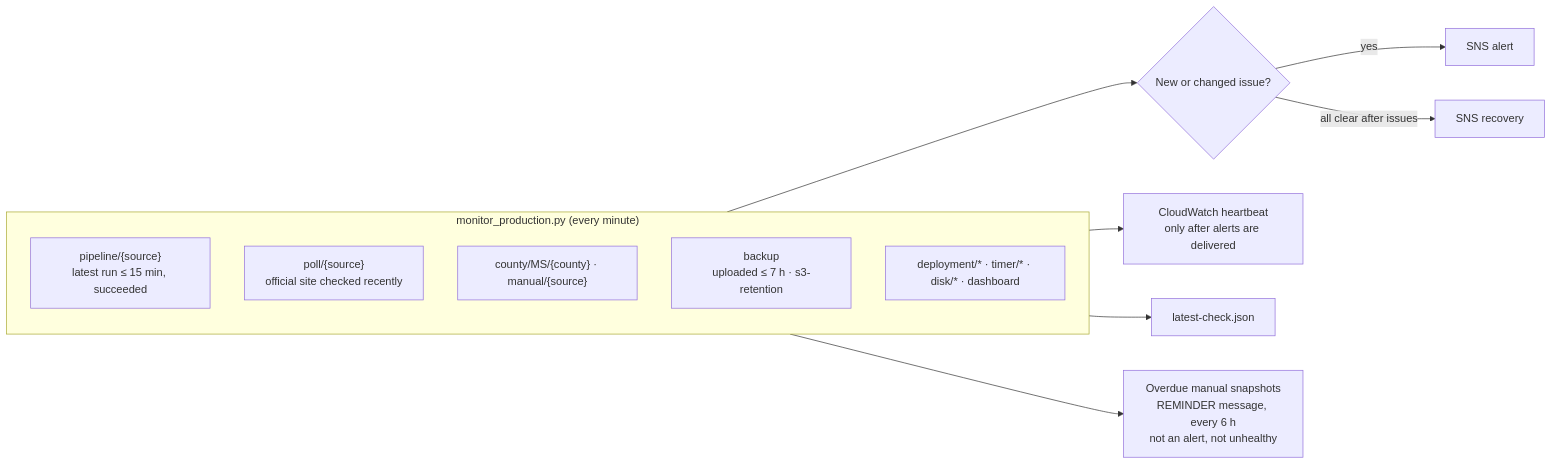
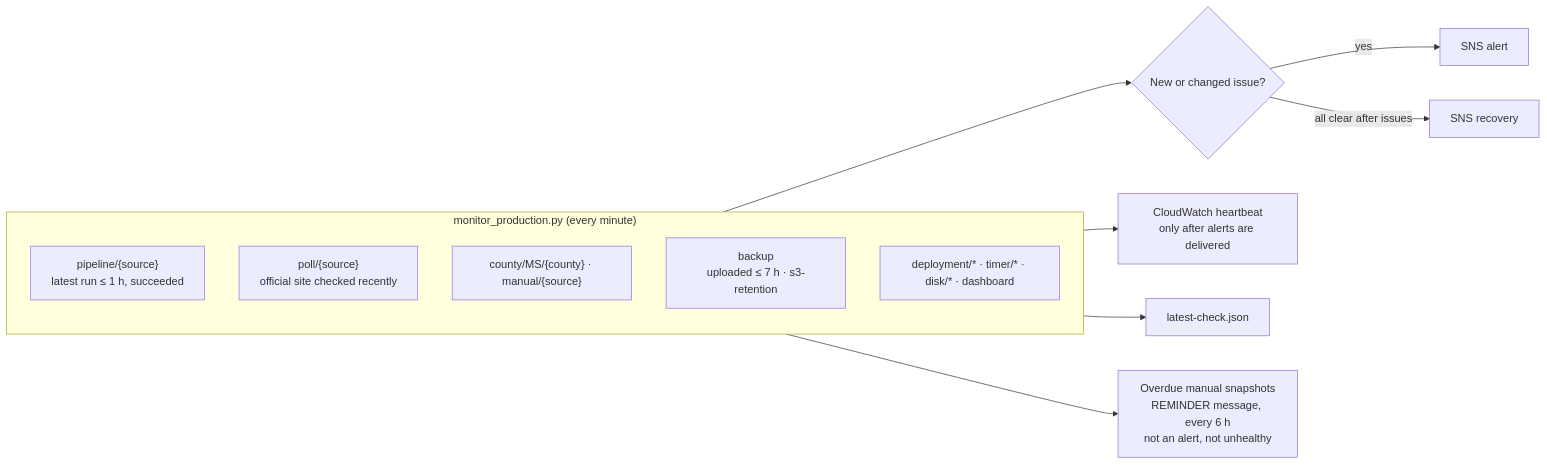
Before and after one commit to Naman4561/us-election-results-pipeline: the fourth of 5 diagrams in docs/architecture/operations.md, drawn with Mermaid. The commit also changed other lines of this file and 5 other files, not shown here.

````diff
--- a/docs/architecture/operations.md
+++ b/docs/architecture/operations.md
@@ -62,16 +62,16 @@
 ```mermaid
 flowchart LR
     subgraph checks["monitor_production.py (every minute)"]
-        c1["pipeline/{source}<br/>latest run ≤ 15 min, succeeded"]
+        c1["pipeline/{source}<br/>latest run ≤ 1 h, succeeded"]
         c2["poll/{source}<br/>official site checked recently"]
         c3["county/MS/{county} · manual/{source}"]
         c4["backup<br/>uploaded ≤ 7 h · s3-retention"]
         c5["deployment/* · timer/* · disk/* · dashboard"]
     end
     checks --> DEC{"New or changed issue?"}
     DEC -- yes --> SNS["SNS alert"]
     DEC -- "all clear after issues" --> REC["SNS recovery"]
     checks --> HB["CloudWatch heartbeat<br/>only after alerts are delivered"]
     checks --> FILE["latest-check.json"]
     checks --> REM["Overdue manual snapshots<br/>REMINDER message, every 6 h<br/>not an alert, not unhealthy"]
 ```
````
